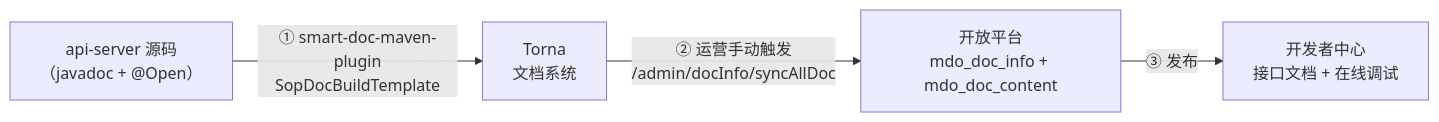
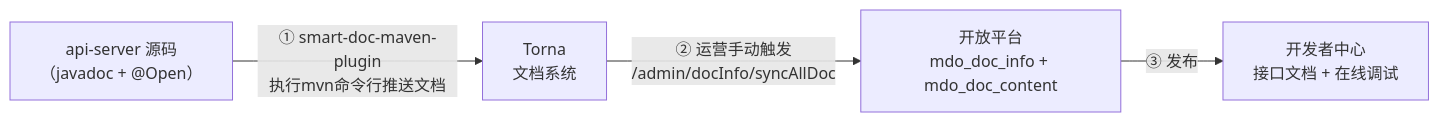
One commit to henhen6/mdp-docs changed the second of 3 diagrams in src/doc/advanced/open/接口开发与发布.md. Above: the diagram before and after it, drawn with Mermaid. The commit also changed other lines of this file and 15 other files, not shown here.

````diff
--- a/src/doc/advanced/open/接口开发与发布.md
+++ b/src/doc/advanced/open/接口开发与发布.md
@@ -106,6 +107,6 @@
 ```mermaid
 flowchart LR
-    A["api-server 源码<br/>（javadoc + @Open）"] -->|"① smart-doc-maven-plugin<br/>SopDocBuildTemplate"| B["Torna<br/>文档系统"]
+    A["api-server 源码<br/>（javadoc + @Open）"] -->|"① smart-doc-maven-plugin<br/>执行mvn命令行推送文档"| B["Torna<br/>文档系统"]
     B -->|"② 运营手动触发<br/>/admin/docInfo/syncAllDoc"| C["开放平台<br/>mdo_doc_info + mdo_doc_content"]
     C -->|"③ 发布"| D["开发者中心<br/>接口文档 + 在线调试"]
 ```
````
